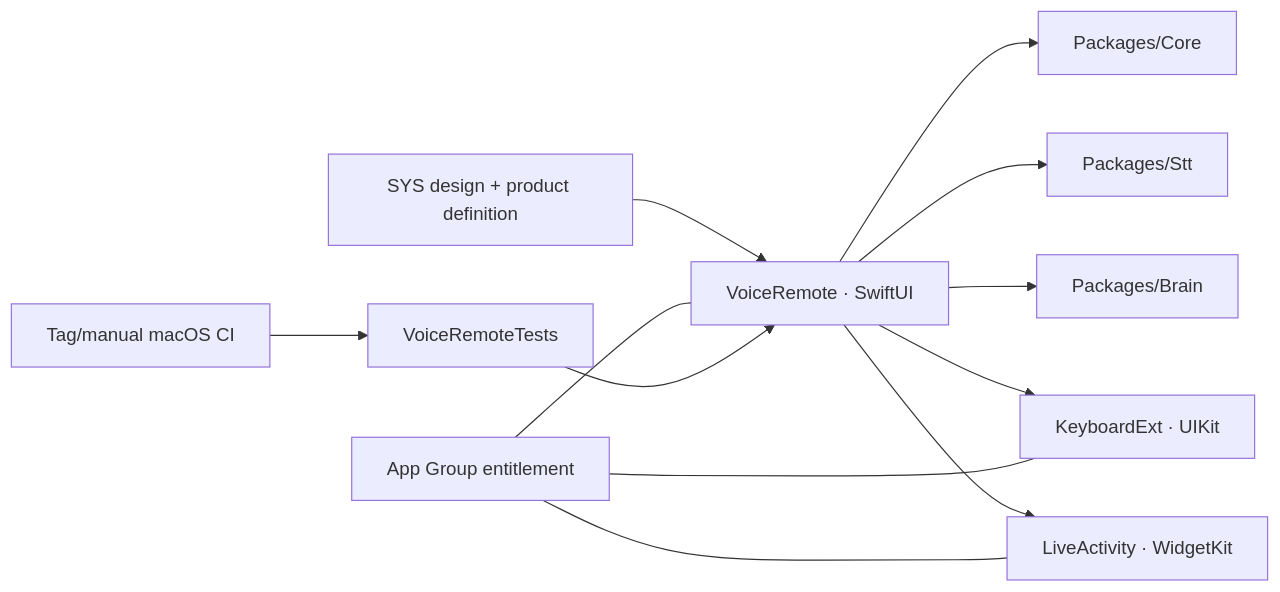
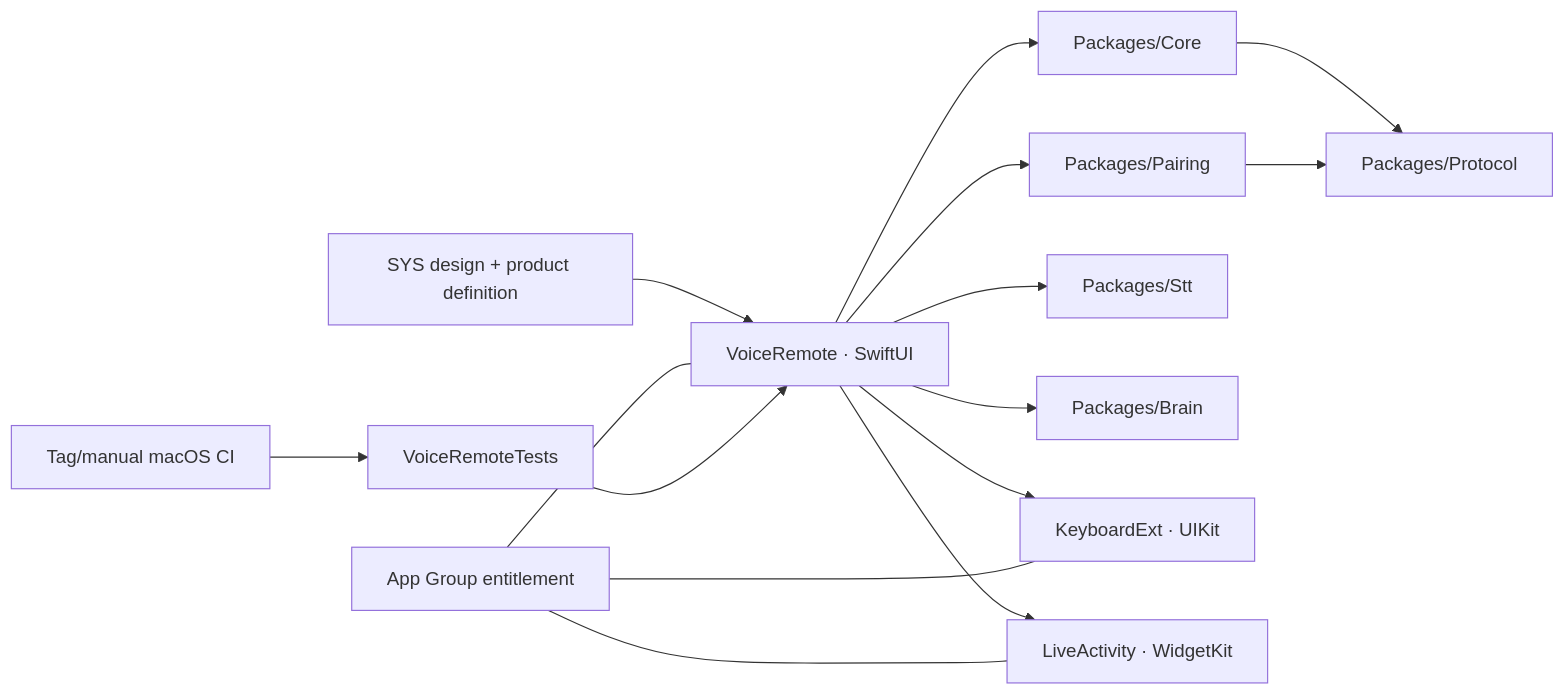
The diagram in SW/ios/README.md (Harwasch/voiceremote), drawn with Mermaid before and after one commit. The commit also changed other lines of this file and 28 other files, not shown here.

````diff
--- a/SW/ios/README.md
+++ b/SW/ios/README.md
@@ -1,9 +1,10 @@
 ```mermaid
 flowchart LR
   SYS[SYS design + product definition] --> App[VoiceRemote · SwiftUI]
-  App --> Core[Packages/Core] & Stt[Packages/Stt] & Brain[Packages/Brain]
+  App --> Core[Packages/Core] & Pairing[Packages/Pairing] & Stt[Packages/Stt] & Brain[Packages/Brain]
+  Core & Pairing --> Protocol[Packages/Protocol]
   App --> Keyboard[KeyboardExt · UIKit] & Live[LiveActivity · WidgetKit]
   Group[App Group entitlement] --- App & Keyboard & Live
   Tests[VoiceRemoteTests] --> App
   CI[Tag/manual macOS CI] --> Tests
 ```
````
